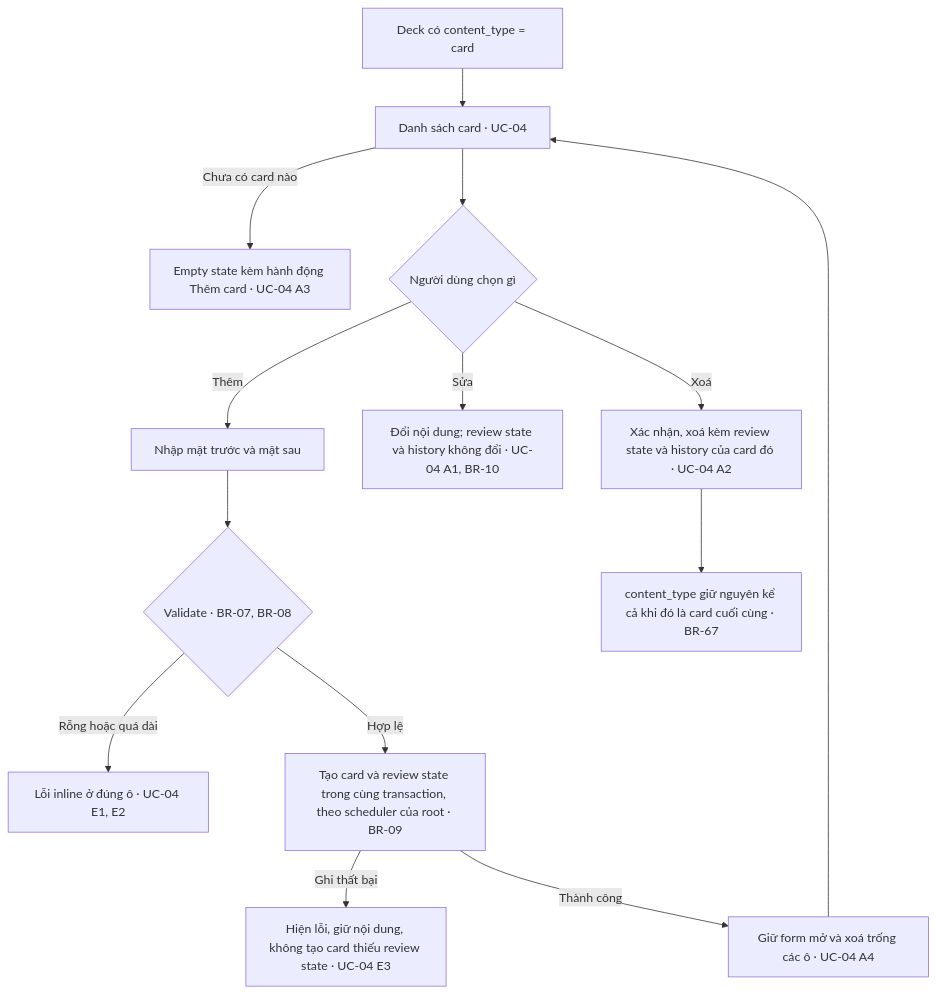
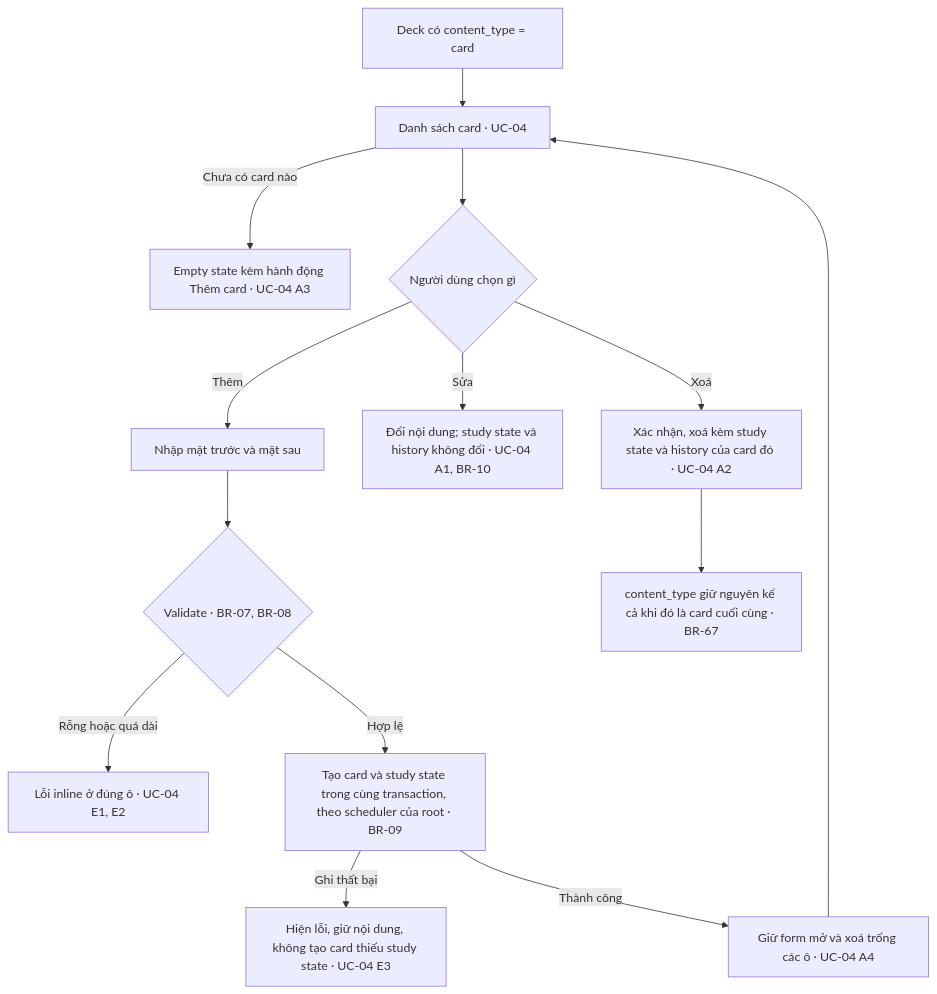
Before and after one commit to ntgptit/memox-v7: the third of 4 diagrams in docs/master-flow.md, drawn with Mermaid. The commit also changed other lines of this file and 9 other files, not shown here.

````diff
--- a/docs/master-flow.md
+++ b/docs/master-flow.md
@@ -133,19 +133,19 @@
 ```mermaid
 flowchart TD
     A["Deck có content_type = card"] --> B["Danh sách card · UC-04"]
     B -->|"Chưa có card nào"| B1["Empty state kèm hành động Thêm card · UC-04 A3"]
 
     B --> C{"Người dùng chọn gì"}
 
     C -->|"Thêm"| D["Nhập mặt trước và mặt sau"]
     D --> E{"Validate · BR-07, BR-08"}
     E -->|"Rỗng hoặc quá dài"| E1["Lỗi inline ở đúng ô · UC-04 E1, E2"]
-    E -->|"Hợp lệ"| F["Tạo card và review state trong cùng transaction, theo scheduler của root · BR-09"]
-    F -->|"Ghi thất bại"| F1["Hiện lỗi, giữ nội dung, không tạo card thiếu review state · UC-04 E3"]
+    E -->|"Hợp lệ"| F["Tạo card và study state trong cùng transaction, theo scheduler của root · BR-09"]
+    F -->|"Ghi thất bại"| F1["Hiện lỗi, giữ nội dung, không tạo card thiếu study state · UC-04 E3"]
     F -->|"Thành công"| G["Giữ form mở và xoá trống các ô · UC-04 A4"]
     G --> B
 
-    C -->|"Sửa"| H["Đổi nội dung; review state và history không đổi · UC-04 A1, BR-10"]
-    C -->|"Xoá"| I["Xác nhận, xoá kèm review state và history của card đó · UC-04 A2"]
+    C -->|"Sửa"| H["Đổi nội dung; study state và history không đổi · UC-04 A1, BR-10"]
+    C -->|"Xoá"| I["Xác nhận, xoá kèm study state và history của card đó · UC-04 A2"]
     I --> I1["content_type giữ nguyên kể cả khi đó là card cuối cùng · BR-67"]
 ```
````
